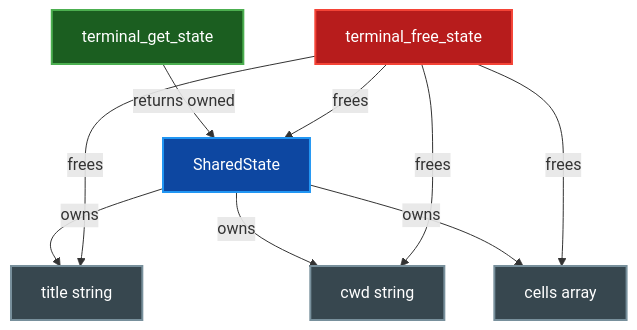
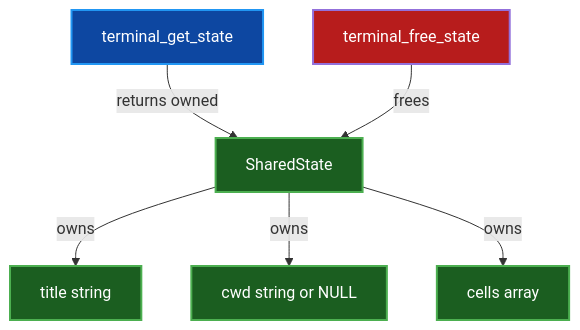
One commit to paulrobello/par-term-emu-core-rust changed the second of 2 diagrams in docs/FFI_GUIDE.md. Above: the diagram before and after it, drawn with Mermaid. The commit also changed other lines of this file, not shown here.

````diff
--- a/docs/FFI_GUIDE.md
+++ b/docs/FFI_GUIDE.md
@@ -224,18 +294,15 @@
 ```mermaid
 graph TD
     A[terminal_get_state] -->|returns owned| B[SharedState]
     B -->|owns| C[title string]
-    B -->|owns| D[cwd string]
+    B -->|owns| D[cwd string or NULL]
     B -->|owns| E[cells array]
     F[terminal_free_state] -->|frees| B
-    F -->|frees| C
-    F -->|frees| D
-    F -->|frees| E
 
-    style A fill:#1b5e20,stroke:#4caf50,stroke-width:2px,color:#ffffff
-    style B fill:#0d47a1,stroke:#2196f3,stroke-width:2px,color:#ffffff
-    style C fill:#37474f,stroke:#78909c,stroke-width:2px,color:#ffffff
-    style D fill:#37474f,stroke:#78909c,stroke-width:2px,color:#ffffff
-    style E fill:#37474f,stroke:#78909c,stroke-width:2px,color:#ffffff
-    style F fill:#b71c1c,stroke:#f44336,stroke-width:2px,color:#ffffff
+    classDef api fill:#0d47a1,stroke:#2196f3,stroke-width:2px,color:#ffffff
+    classDef owned fill:#1b5e20,stroke:#4caf50,stroke-width:2px,color:#ffffff
+    classDef free fill:#b71c1c,stroke:#f4436,stroke-width:2px,color:#ffffff
+    class A api
+    class B,C,D,E owned
+    class F free
 ```
````
